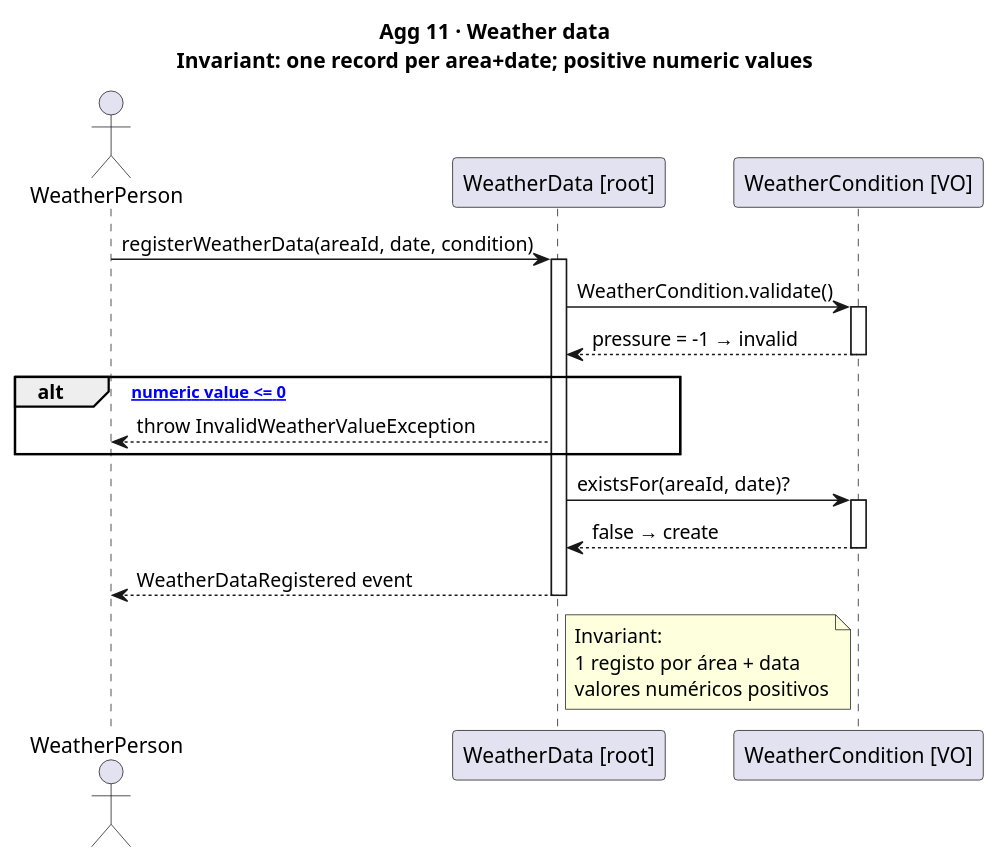
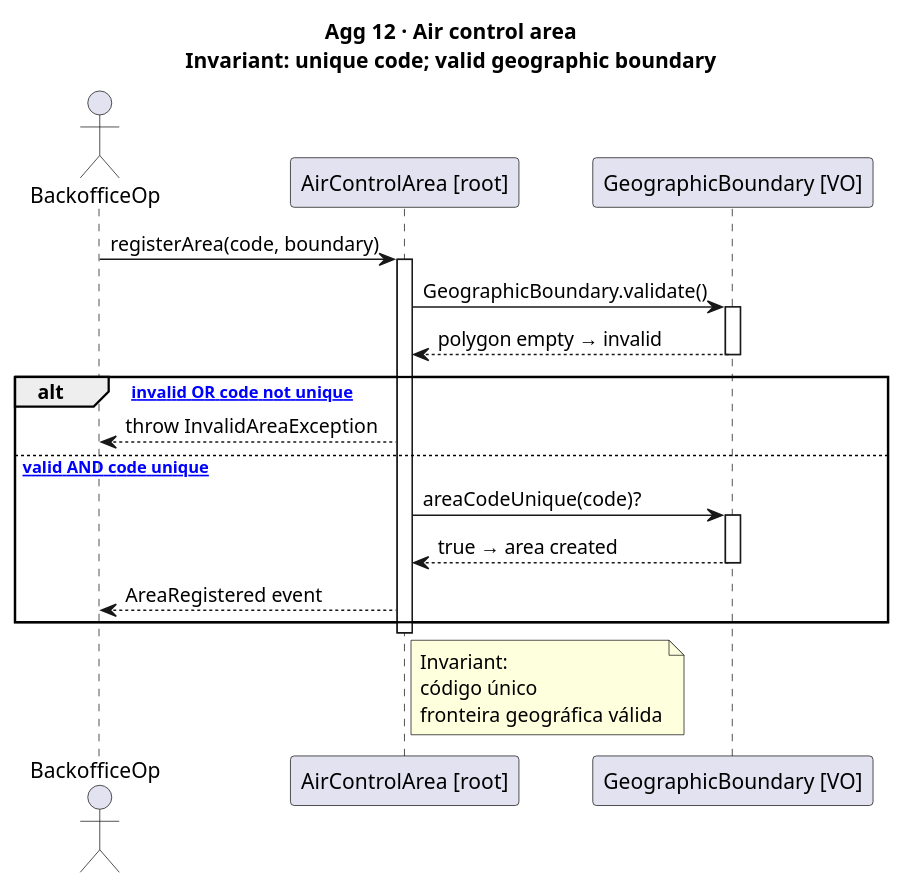
Before and after one commit to DuartePinto1240/sem4pi2526-sem4pi2526_2da2: the diagram in docs/Agg11.puml, drawn with PlantUML. The commit also changed 12 other files, not shown here.

```diff
--- a/docs/Agg11.puml
+++ b/docs/Agg11.puml
@@ -1,35 +1,34 @@
-@startuml US011_Agg11_WeatherData
-title Agg 11 · Weather data\nInvariant: one record per area+date; positive numeric values
+@startuml US011_Agg12_AirControlArea
+title Agg 12 · Air control area\nInvariant: unique code; valid geographic boundary
 
-actor "WeatherPerson" as WP
-participant "WeatherData [root]" as WD
-participant "WeatherCondition [VO]" as WC
+actor "BackofficeOp" as Op
+participant "AirControlArea [root]" as ACA
+participant "GeographicBoundary [VO]" as GB
 
-WP -> WD : registerWeatherData(areaId, date, condition)
-activate WD
+Op -> ACA : registerArea(code, boundary)
+activate ACA
 
-WD -> WC : WeatherCondition.validate()
-activate WC
-WC --> WD : pressure = -1 → invalid
-deactivate WC
+ACA -> GB : GeographicBoundary.validate()
+activate GB
+GB --> ACA : polygon empty → invalid
+deactivate GB
 
-alt [any numeric value <= 0]
-    WD --> WP : throw InvalidWeatherValueException
+alt [boundary invalid OR code not unique]
+    ACA --> Op : throw InvalidAreaException
+else [boundary valid AND code unique]
+    ACA -> GB : areaCodeUnique(code)?
+    activate GB
+    GB --> ACA : true → area created
+    deactivate GB
+    ACA --> Op : AreaRegistered event
 end
 
-WD -> WC : existsFor(areaId, date)?
-activate WC
-WC --> WD : false → create
-deactivate WC
+deactivate ACA
 
-WD --> WP : WeatherDataRegistered event
-
-deactivate WD
-
-note right of WD
+note right of ACA
   Invariant:
-  1 registo por área + data
-  valores numéricos positivos
+  código único
+  fronteira geográfica válida
 end note
 
 @enduml
```
